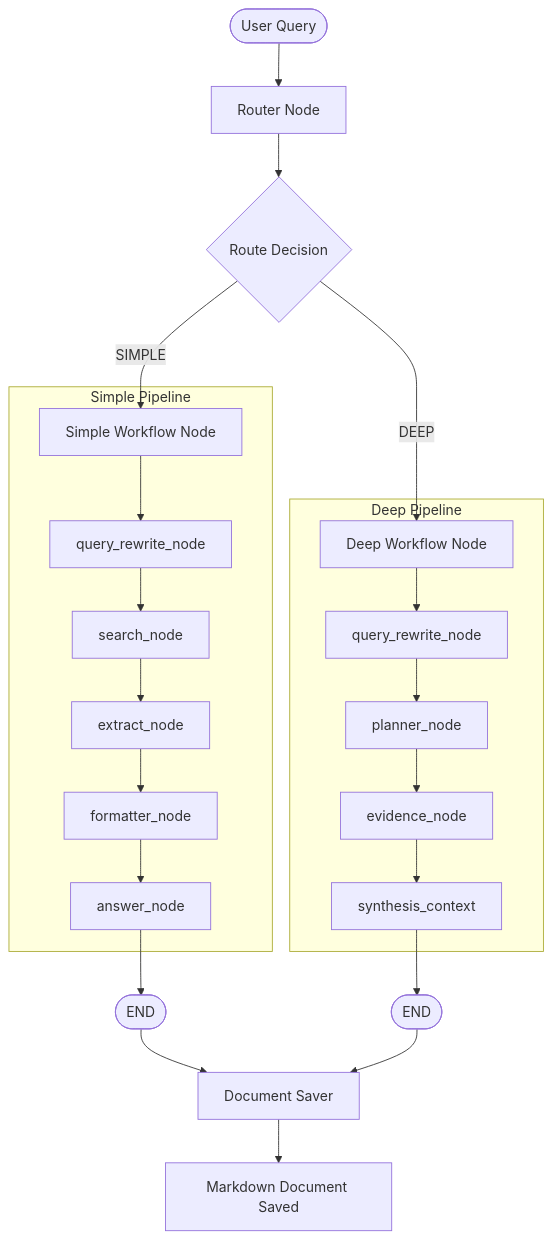
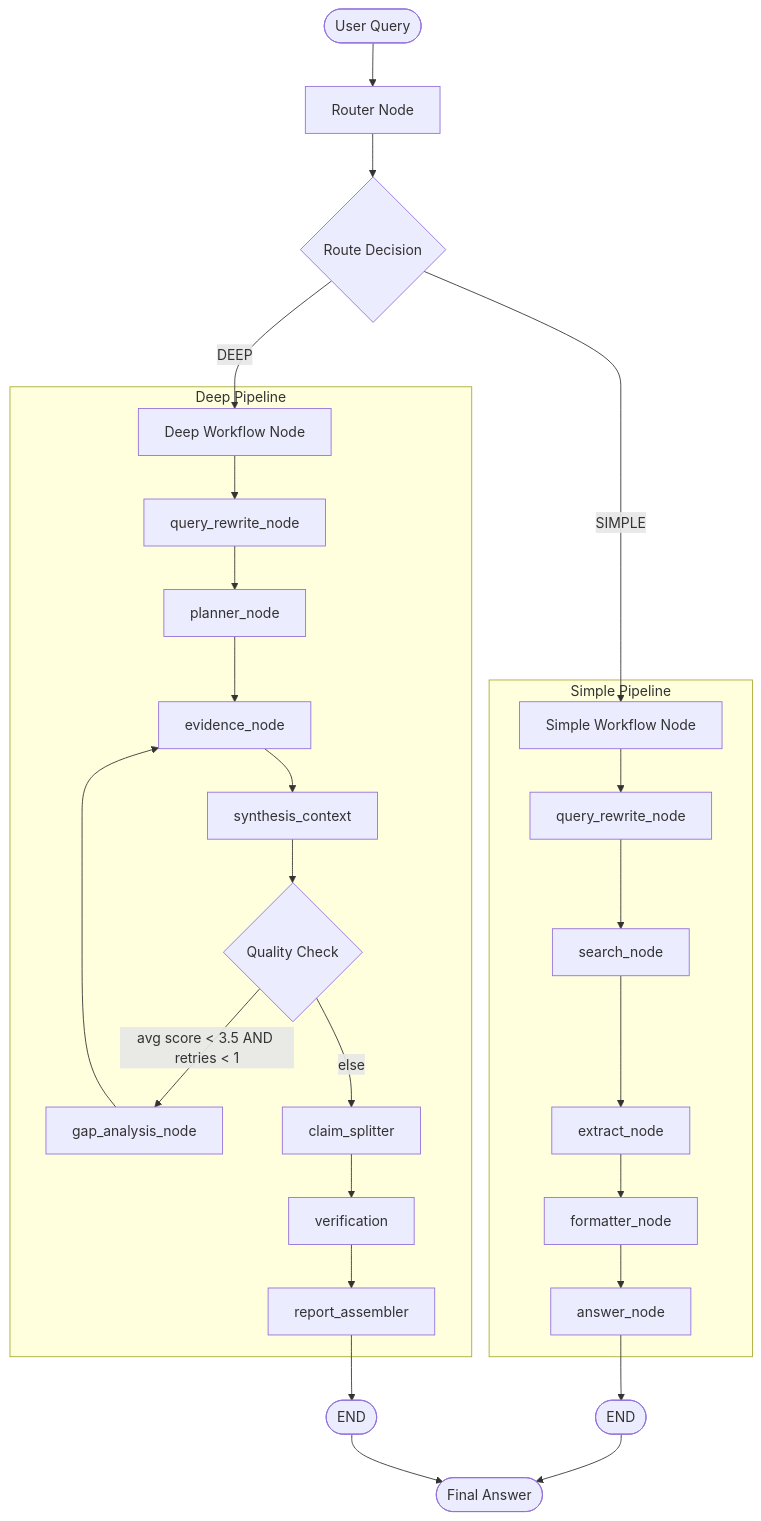
Before and after one commit to Jethva-Parthiv/research-assistant-agent: the diagram in architecture.md, drawn with Mermaid. The commit also changed other lines of this file, not shown here.

Commit message:
docs: update architecture

````diff
--- a/architecture.md
+++ b/architecture.md
@@ -14,30 +29,35 @@
 ```mermaid
 graph TD
     User([User Query]) --> RouterNode[Router Node]
     RouterNode --> Routing{Route Decision}
-    
+
     %% Simple Pipeline
     Routing -- SIMPLE --> SimpleNode[Simple Workflow Node]
     subgraph Simple Pipeline
         SimpleNode --> SR_Rewrite[query_rewrite_node]
         SR_Rewrite --> SR_Search[search_node]
         SR_Search --> SR_Extract[extract_node]
         SR_Extract --> SR_Format[formatter_node]
         SR_Format --> SR_Answer[answer_node]
     end
     SR_Answer --> EndSimple([END])
 
     %% Deep Pipeline
     Routing -- DEEP --> DeepNode[Deep Workflow Node]
     subgraph Deep Pipeline
         DeepNode --> DR_Rewrite[query_rewrite_node]
         DR_Rewrite --> DR_Plan[planner_node]
         DR_Plan --> DR_Evidence[evidence_node]
         DR_Evidence --> DR_Synthesize[synthesis_context]
+        DR_Synthesize --> DR_Eval{Quality Check}
+        DR_Eval -- avg score < 3.5 AND retries < 1 --> DR_Gap[gap_analysis_node]
+        DR_Gap --> DR_Evidence
+        DR_Eval -- else --> DR_Claims[claim_splitter]
+        DR_Claims --> DR_Verify[verification]
+        DR_Verify --> DR_Report[report_assembler]
     end
-    DR_Synthesize --> EndDeep([END])
-    
-    EndSimple --> Saver[Document Saver]
-    EndDeep --> Saver
-    Saver --> File[Markdown Document Saved]
+    DR_Report --> EndDeep([END])
+
+    EndSimple --> Output([Final Answer])
+    EndDeep --> Output
 ```
````
